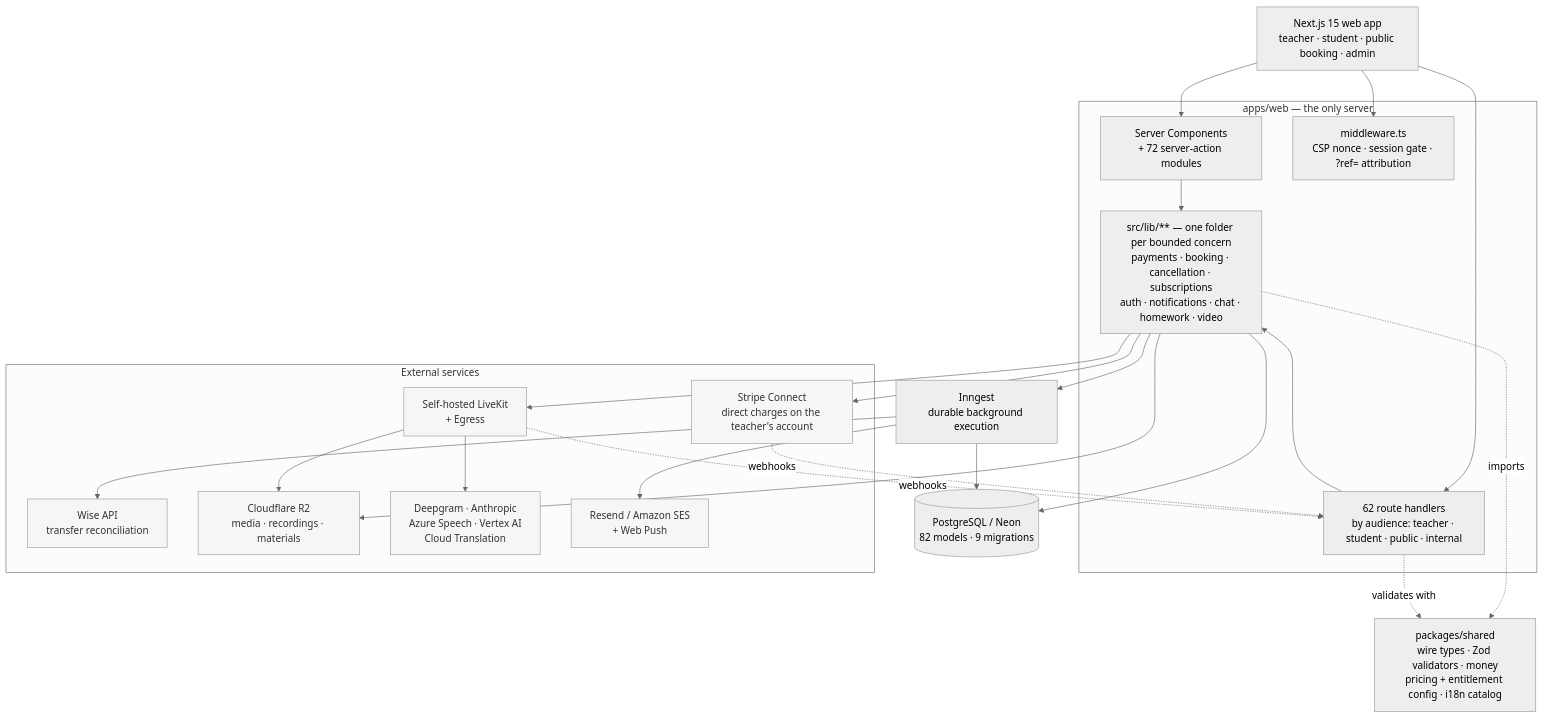
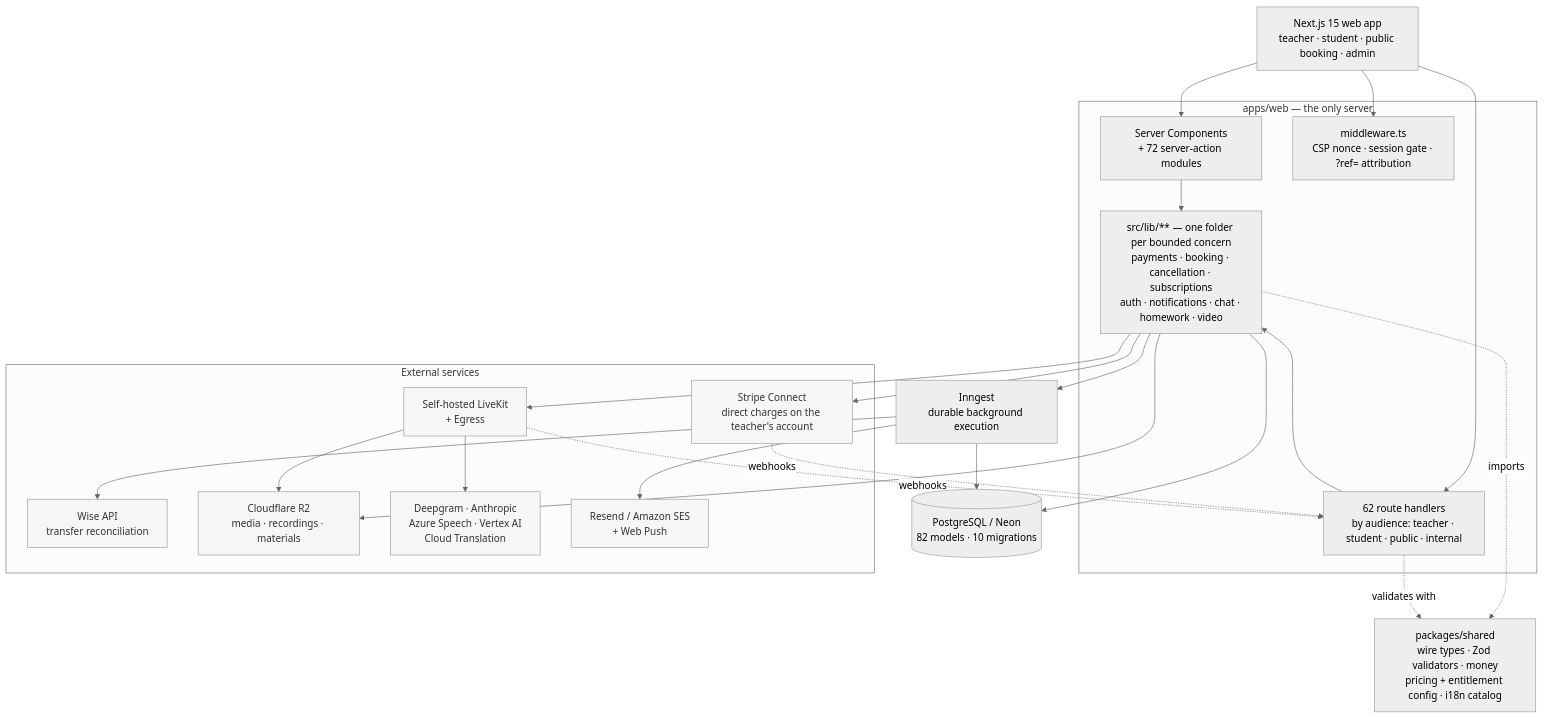
One commit to jaystewartuk/spiralclass changed the first of 2 diagrams in README.md. Above: the diagram before and after it, drawn with Mermaid (neutral theme). The commit also changed other lines of this file and 19 other files, not shown here.

````diff
--- a/README.md
+++ b/README.md
@@ -131,48 +131,48 @@
 ```mermaid
 graph TB
     WEB["Next.js 15 web app<br/>teacher · student · public booking · admin"]
 
     subgraph app["apps/web — the only server"]
         RSC["Server Components<br/>+ 72 server-action modules"]
         API["62 route handlers<br/>by audience: teacher · student · public · internal"]
         MW["middleware.ts<br/>CSP nonce · session gate · ?ref= attribution"]
         LIB["src/lib/** — one folder per bounded concern<br/>payments · booking · cancellation · subscriptions<br/>auth · notifications · chat · homework · video"]
     end
 
     SH["packages/shared<br/>wire types · Zod validators · money<br/>pricing + entitlement config · i18n catalog"]
 
-    DB[("PostgreSQL / Neon<br/>82 models · 9 migrations")]
+    DB[("PostgreSQL / Neon<br/>82 models · 10 migrations")]
     JOBS["Inngest<br/>durable background execution"]
 
     subgraph external["External services"]
         STRIPE["Stripe Connect<br/>direct charges on the teacher's account"]
         WISE["Wise API<br/>transfer reconciliation"]
         LK["Self-hosted LiveKit<br/>+ Egress"]
         R2["Cloudflare R2<br/>media · recordings · materials"]
         AI["Deepgram · Anthropic<br/>Azure Speech · Vertex AI<br/>Cloud Translation"]
         MAIL["Resend / Amazon SES<br/>+ Web Push"]
     end
 
     WEB --> MW
     WEB --> RSC
     WEB --> API
     RSC --> LIB
     API --> LIB
     LIB --> DB
     LIB --> JOBS
     JOBS --> DB
     JOBS --> MAIL
     LIB --> STRIPE
     JOBS --> WISE
     LIB --> LK
     LK --> R2
     LK --> AI
     LIB --> R2
     LIB -.imports.-> SH
     API -.validates with.-> SH
     STRIPE -.webhooks.-> API
     LK -.webhooks.-> API
 
     classDef ext fill:#f6f6f6,stroke:#999,color:#333
     class STRIPE,WISE,LK,R2,AI,MAIL ext
 ```
````
